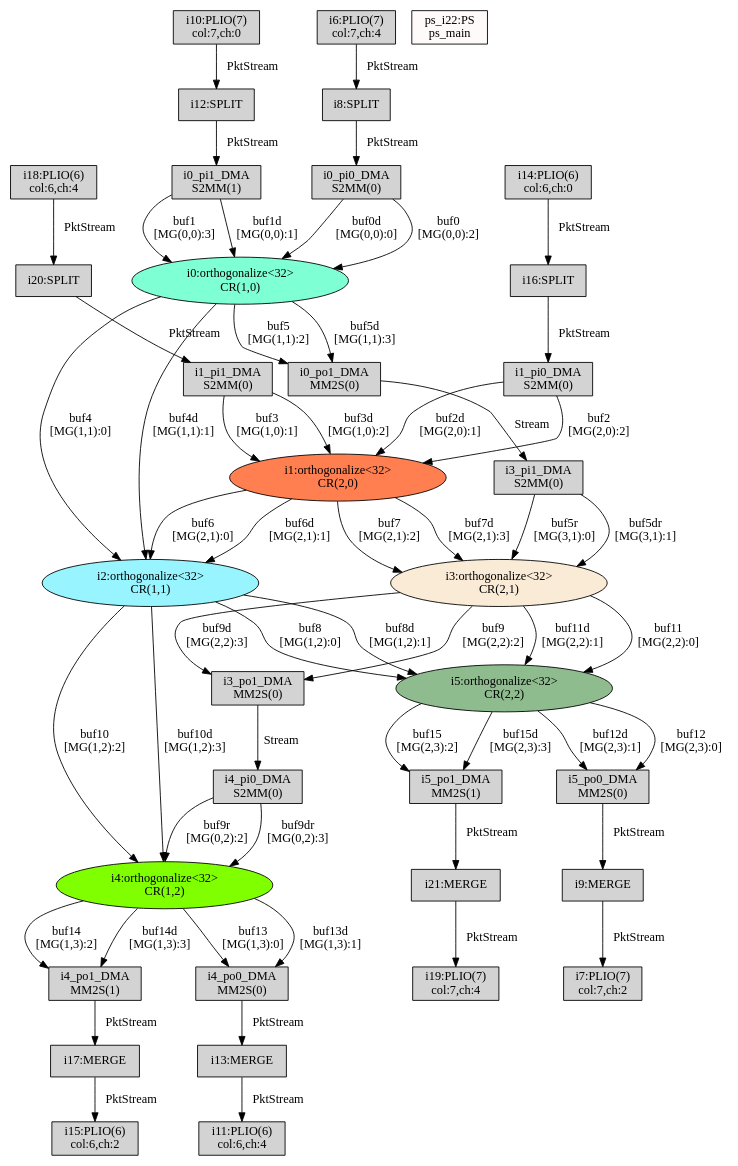
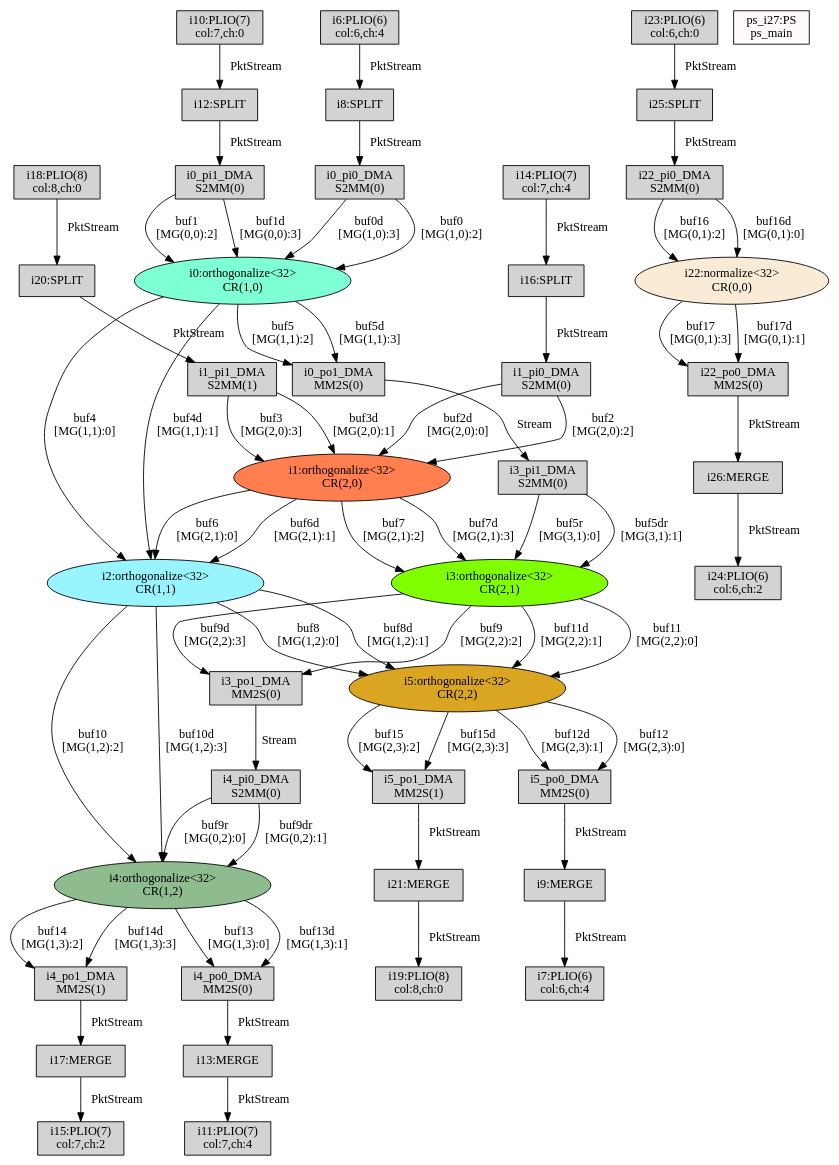
The diagram in TriBlock/Work/temp/TopGraph_mapped_post.dot (lxy-littlechai/SVD), drawn with Graphviz before and after one commit. The commit also changed 284 other files, not shown here.

```diff
--- a/TriBlock/Work/temp/TopGraph_mapped_post.dot
+++ b/TriBlock/Work/temp/TopGraph_mapped_post.dot
@@ -1,92 +1,107 @@
 digraph G { 
 "i0:orthogonalize<32>\n CR(1,0)"[style=filled, fillcolor=aquamarine]; 
 "i0_pi0_DMA\nS2MM(0)"[shape=box, style=filled, fillcolor=lightgrey]; 
-"i0_pi1_DMA\nS2MM(1)"[shape=box, style=filled, fillcolor=lightgrey]; 
+"i0_pi1_DMA\nS2MM(0)"[shape=box, style=filled, fillcolor=lightgrey]; 
 "i0_po1_DMA\nMM2S(0)"[shape=box, style=filled, fillcolor=lightgrey]; 
 "i1:orthogonalize<32>\n CR(2,0)"[style=filled, fillcolor=coral]; 
 "i10:PLIO(7)\ncol:7,ch:0"[shape=box, style=filled, fillcolor=lightgrey]; 
-"i11:PLIO(6)\ncol:6,ch:4"[shape=box, style=filled, fillcolor=lightgrey]; 
+"i11:PLIO(7)\ncol:7,ch:4"[shape=box, style=filled, fillcolor=lightgrey]; 
 "i12:SPLIT"[shape=box, style=filled, fillcolor=lightgrey]; 
 "i13:MERGE"[shape=box, style=filled, fillcolor=lightgrey]; 
-"i14:PLIO(6)\ncol:6,ch:0"[shape=box, style=filled, fillcolor=lightgrey]; 
-"i15:PLIO(6)\ncol:6,ch:2"[shape=box, style=filled, fillcolor=lightgrey]; 
+"i14:PLIO(7)\ncol:7,ch:4"[shape=box, style=filled, fillcolor=lightgrey]; 
+"i15:PLIO(7)\ncol:7,ch:2"[shape=box, style=filled, fillcolor=lightgrey]; 
 "i16:SPLIT"[shape=box, style=filled, fillcolor=lightgrey]; 
 "i17:MERGE"[shape=box, style=filled, fillcolor=lightgrey]; 
-"i18:PLIO(6)\ncol:6,ch:4"[shape=box, style=filled, fillcolor=lightgrey]; 
-"i19:PLIO(7)\ncol:7,ch:4"[shape=box, style=filled, fillcolor=lightgrey]; 
+"i18:PLIO(8)\ncol:8,ch:0"[shape=box, style=filled, fillcolor=lightgrey]; 
+"i19:PLIO(8)\ncol:8,ch:0"[shape=box, style=filled, fillcolor=lightgrey]; 
 "i1_pi0_DMA\nS2MM(0)"[shape=box, style=filled, fillcolor=lightgrey]; 
-"i1_pi1_DMA\nS2MM(0)"[shape=box, style=filled, fillcolor=lightgrey]; 
+"i1_pi1_DMA\nS2MM(1)"[shape=box, style=filled, fillcolor=lightgrey]; 
 "i2:orthogonalize<32>\n CR(1,1)"[style=filled, fillcolor=cadetblue1]; 
 "i20:SPLIT"[shape=box, style=filled, fillcolor=lightgrey]; 
 "i21:MERGE"[shape=box, style=filled, fillcolor=lightgrey]; 
-"i3:orthogonalize<32>\n CR(2,1)"[style=filled, fillcolor=antiquewhite]; 
+"i22:normalize<32>\n CR(0,0)"[style=filled, fillcolor=antiquewhite]; 
+"i22_pi0_DMA\nS2MM(0)"[shape=box, style=filled, fillcolor=lightgrey]; 
+"i22_po0_DMA\nMM2S(0)"[shape=box, style=filled, fillcolor=lightgrey]; 
+"i23:PLIO(6)\ncol:6,ch:0"[shape=box, style=filled, fillcolor=lightgrey]; 
+"i24:PLIO(6)\ncol:6,ch:2"[shape=box, style=filled, fillcolor=lightgrey]; 
+"i25:SPLIT"[shape=box, style=filled, fillcolor=lightgrey]; 
+"i26:MERGE"[shape=box, style=filled, fillcolor=lightgrey]; 
+"i3:orthogonalize<32>\n CR(2,1)"[style=filled, fillcolor=chartreuse]; 
 "i3_pi1_DMA\nS2MM(0)"[shape=box, style=filled, fillcolor=lightgrey]; 
 "i3_po1_DMA\nMM2S(0)"[shape=box, style=filled, fillcolor=lightgrey]; 
-"i4:orthogonalize<32>\n CR(1,2)"[style=filled, fillcolor=chartreuse]; 
+"i4:orthogonalize<32>\n CR(1,2)"[style=filled, fillcolor=darkseagreen]; 
 "i4_pi0_DMA\nS2MM(0)"[shape=box, style=filled, fillcolor=lightgrey]; 
 "i4_po0_DMA\nMM2S(0)"[shape=box, style=filled, fillcolor=lightgrey]; 
 "i4_po1_DMA\nMM2S(1)"[shape=box, style=filled, fillcolor=lightgrey]; 
-"i5:orthogonalize<32>\n CR(2,2)"[style=filled, fillcolor=darkseagreen]; 
+"i5:orthogonalize<32>\n CR(2,2)"[style=filled, fillcolor=goldenrod]; 
 "i5_po0_DMA\nMM2S(0)"[shape=box, style=filled, fillcolor=lightgrey]; 
 "i5_po1_DMA\nMM2S(1)"[shape=box, style=filled, fillcolor=lightgrey]; 
-"i6:PLIO(7)\ncol:7,ch:4"[shape=box, style=filled, fillcolor=lightgrey]; 
-"i7:PLIO(7)\ncol:7,ch:2"[shape=box, style=filled, fillcolor=lightgrey]; 
+"i6:PLIO(6)\ncol:6,ch:4"[shape=box, style=filled, fillcolor=lightgrey]; 
+"i7:PLIO(6)\ncol:6,ch:4"[shape=box, style=filled, fillcolor=lightgrey]; 
 "i8:SPLIT"[shape=box, style=filled, fillcolor=lightgrey]; 
 "i9:MERGE"[shape=box, style=filled, fillcolor=lightgrey]; 
-"ps_i22:PS\nps_main"[shape=box, style=filled, fillcolor=snow]; 
+"ps_i27:PS\nps_main"[shape=box, style=filled, fillcolor=snow]; 
 "i8:SPLIT"->"i0_pi0_DMA\nS2MM(0)"[label=" PktStream"];
-"i0_pi0_DMA\nS2MM(0)"->"i0:orthogonalize<32>\n CR(1,0)"[label="buf0\n[MG(0,0):2]"];
-"i0_pi0_DMA\nS2MM(0)"->"i0:orthogonalize<32>\n CR(1,0)"[label="buf0d\n[MG(0,0):0]"];
-"i12:SPLIT"->"i0_pi1_DMA\nS2MM(1)"[label=" PktStream"];
-"i0_pi1_DMA\nS2MM(1)"->"i0:orthogonalize<32>\n CR(1,0)"[label="buf1\n[MG(0,0):3]"];
-"i0_pi1_DMA\nS2MM(1)"->"i0:orthogonalize<32>\n CR(1,0)"[label="buf1d\n[MG(0,0):1]"];
+"i0_pi0_DMA\nS2MM(0)"->"i0:orthogonalize<32>\n CR(1,0)"[label="buf0\n[MG(1,0):2]"];
+"i0_pi0_DMA\nS2MM(0)"->"i0:orthogonalize<32>\n CR(1,0)"[label="buf0d\n[MG(1,0):3]"];
+"i12:SPLIT"->"i0_pi1_DMA\nS2MM(0)"[label=" PktStream"];
+"i0_pi1_DMA\nS2MM(0)"->"i0:orthogonalize<32>\n CR(1,0)"[label="buf1\n[MG(0,0):2]"];
+"i0_pi1_DMA\nS2MM(0)"->"i0:orthogonalize<32>\n CR(1,0)"[label="buf1d\n[MG(0,0):3]"];
 "i16:SPLIT"->"i1_pi0_DMA\nS2MM(0)"[label=" PktStream"];
 "i1_pi0_DMA\nS2MM(0)"->"i1:orthogonalize<32>\n CR(2,0)"[label="buf2\n[MG(2,0):2]"];
-"i1_pi0_DMA\nS2MM(0)"->"i1:orthogonalize<32>\n CR(2,0)"[label="buf2d\n[MG(2,0):1]"];
-"i20:SPLIT"->"i1_pi1_DMA\nS2MM(0)"[label=" PktStream"];
-"i1_pi1_DMA\nS2MM(0)"->"i1:orthogonalize<32>\n CR(2,0)"[label="buf3\n[MG(1,0):1]"];
-"i1_pi1_DMA\nS2MM(0)"->"i1:orthogonalize<32>\n CR(2,0)"[label="buf3d\n[MG(1,0):2]"];
+"i1_pi0_DMA\nS2MM(0)"->"i1:orthogonalize<32>\n CR(2,0)"[label="buf2d\n[MG(2,0):0]"];
+"i20:SPLIT"->"i1_pi1_DMA\nS2MM(1)"[label=" PktStream"];
+"i1_pi1_DMA\nS2MM(1)"->"i1:orthogonalize<32>\n CR(2,0)"[label="buf3\n[MG(2,0):3]"];
+"i1_pi1_DMA\nS2MM(1)"->"i1:orthogonalize<32>\n CR(2,0)"[label="buf3d\n[MG(2,0):1]"];
 "i0:orthogonalize<32>\n CR(1,0)"->"i2:orthogonalize<32>\n CR(1,1)"[label="buf4\n[MG(1,1):0]"];
 "i0:orthogonalize<32>\n CR(1,0)"->"i2:orthogonalize<32>\n CR(1,1)"[label="buf4d\n[MG(1,1):1]"];
 "i0:orthogonalize<32>\n CR(1,0)"->"i0_po1_DMA\nMM2S(0)"[label="buf5\n[MG(1,1):2]"];
 "i0:orthogonalize<32>\n CR(1,0)"->"i0_po1_DMA\nMM2S(0)"[label="buf5d\n[MG(1,1):3]"];
 "i0_po1_DMA\nMM2S(0)"->"i3_pi1_DMA\nS2MM(0)"[label="Stream"];
 "i3_pi1_DMA\nS2MM(0)"->"i3:orthogonalize<32>\n CR(2,1)"[label="buf5r\n[MG(3,1):0]"];
 "i3_pi1_DMA\nS2MM(0)"->"i3:orthogonalize<32>\n CR(2,1)"[label="buf5dr\n[MG(3,1):1]"];
 "i1:orthogonalize<32>\n CR(2,0)"->"i2:orthogonalize<32>\n CR(1,1)"[label="buf6\n[MG(2,1):0]"];
 "i1:orthogonalize<32>\n CR(2,0)"->"i2:orthogonalize<32>\n CR(1,1)"[label="buf6d\n[MG(2,1):1]"];
 "i1:orthogonalize<32>\n CR(2,0)"->"i3:orthogonalize<32>\n CR(2,1)"[label="buf7\n[MG(2,1):2]"];
 "i1:orthogonalize<32>\n CR(2,0)"->"i3:orthogonalize<32>\n CR(2,1)"[label="buf7d\n[MG(2,1):3]"];
 "i2:orthogonalize<32>\n CR(1,1)"->"i5:orthogonalize<32>\n CR(2,2)"[label="buf8\n[MG(1,2):0]"];
 "i2:orthogonalize<32>\n CR(1,1)"->"i5:orthogonalize<32>\n CR(2,2)"[label="buf8d\n[MG(1,2):1]"];
 "i3:orthogonalize<32>\n CR(2,1)"->"i3_po1_DMA\nMM2S(0)"[label="buf9\n[MG(2,2):2]"];
 "i3:orthogonalize<32>\n CR(2,1)"->"i3_po1_DMA\nMM2S(0)"[label="buf9d\n[MG(2,2):3]"];
 "i3_po1_DMA\nMM2S(0)"->"i4_pi0_DMA\nS2MM(0)"[label="Stream"];
-"i4_pi0_DMA\nS2MM(0)"->"i4:orthogonalize<32>\n CR(1,2)"[label="buf9r\n[MG(0,2):2]"];
-"i4_pi0_DMA\nS2MM(0)"->"i4:orthogonalize<32>\n CR(1,2)"[label="buf9dr\n[MG(0,2):3]"];
+"i4_pi0_DMA\nS2MM(0)"->"i4:orthogonalize<32>\n CR(1,2)"[label="buf9r\n[MG(0,2):0]"];
+"i4_pi0_DMA\nS2MM(0)"->"i4:orthogonalize<32>\n CR(1,2)"[label="buf9dr\n[MG(0,2):1]"];
 "i2:orthogonalize<32>\n CR(1,1)"->"i4:orthogonalize<32>\n CR(1,2)"[label="buf10\n[MG(1,2):2]"];
 "i2:orthogonalize<32>\n CR(1,1)"->"i4:orthogonalize<32>\n CR(1,2)"[label="buf10d\n[MG(1,2):3]"];
 "i3:orthogonalize<32>\n CR(2,1)"->"i5:orthogonalize<32>\n CR(2,2)"[label="buf11\n[MG(2,2):0]"];
 "i3:orthogonalize<32>\n CR(2,1)"->"i5:orthogonalize<32>\n CR(2,2)"[label="buf11d\n[MG(2,2):1]"];
 "i5:orthogonalize<32>\n CR(2,2)"->"i5_po0_DMA\nMM2S(0)"[label="buf12\n[MG(2,3):0]"];
 "i5:orthogonalize<32>\n CR(2,2)"->"i5_po0_DMA\nMM2S(0)"[label="buf12d\n[MG(2,3):1]"];
 "i5_po0_DMA\nMM2S(0)" -> "i9:MERGE"[label=" PktStream"];
 "i4:orthogonalize<32>\n CR(1,2)"->"i4_po0_DMA\nMM2S(0)"[label="buf13\n[MG(1,3):0]"];
 "i4:orthogonalize<32>\n CR(1,2)"->"i4_po0_DMA\nMM2S(0)"[label="buf13d\n[MG(1,3):1]"];
 "i4_po0_DMA\nMM2S(0)" -> "i13:MERGE"[label=" PktStream"];
 "i4:orthogonalize<32>\n CR(1,2)"->"i4_po1_DMA\nMM2S(1)"[label="buf14\n[MG(1,3):2]"];
 "i4:orthogonalize<32>\n CR(1,2)"->"i4_po1_DMA\nMM2S(1)"[label="buf14d\n[MG(1,3):3]"];
 "i4_po1_DMA\nMM2S(1)" -> "i17:MERGE"[label=" PktStream"];
 "i5:orthogonalize<32>\n CR(2,2)"->"i5_po1_DMA\nMM2S(1)"[label="buf15\n[MG(2,3):2]"];
 "i5:orthogonalize<32>\n CR(2,2)"->"i5_po1_DMA\nMM2S(1)"[label="buf15d\n[MG(2,3):3]"];
 "i5_po1_DMA\nMM2S(1)" -> "i21:MERGE"[label=" PktStream"];
-"i6:PLIO(7)\ncol:7,ch:4" -> "i8:SPLIT"[label=" PktStream"];
-"i9:MERGE" -> "i7:PLIO(7)\ncol:7,ch:2"[label=" PktStream"];
-"i14:PLIO(6)\ncol:6,ch:0" -> "i16:SPLIT"[label=" PktStream"];
-"i17:MERGE" -> "i15:PLIO(6)\ncol:6,ch:2"[label=" PktStream"];
+"i6:PLIO(6)\ncol:6,ch:4" -> "i8:SPLIT"[label=" PktStream"];
+"i9:MERGE" -> "i7:PLIO(6)\ncol:6,ch:4"[label=" PktStream"];
+"i14:PLIO(7)\ncol:7,ch:4" -> "i16:SPLIT"[label=" PktStream"];
+"i17:MERGE" -> "i15:PLIO(7)\ncol:7,ch:2"[label=" PktStream"];
 "i10:PLIO(7)\ncol:7,ch:0" -> "i12:SPLIT"[label=" PktStream"];
-"i13:MERGE" -> "i11:PLIO(6)\ncol:6,ch:4"[label=" PktStream"];
-"i18:PLIO(6)\ncol:6,ch:4" -> "i20:SPLIT"[label=" PktStream"];
-"i21:MERGE" -> "i19:PLIO(7)\ncol:7,ch:4"[label=" PktStream"];
+"i13:MERGE" -> "i11:PLIO(7)\ncol:7,ch:4"[label=" PktStream"];
+"i18:PLIO(8)\ncol:8,ch:0" -> "i20:SPLIT"[label=" PktStream"];
+"i21:MERGE" -> "i19:PLIO(8)\ncol:8,ch:0"[label=" PktStream"];
+"i25:SPLIT"->"i22_pi0_DMA\nS2MM(0)"[label=" PktStream"];
+"i22_pi0_DMA\nS2MM(0)"->"i22:normalize<32>\n CR(0,0)"[label="buf16\n[MG(0,1):2]"];
+"i22_pi0_DMA\nS2MM(0)"->"i22:normalize<32>\n CR(0,0)"[label="buf16d\n[MG(0,1):0]"];
+"i22:normalize<32>\n CR(0,0)"->"i22_po0_DMA\nMM2S(0)"[label="buf17\n[MG(0,1):3]"];
+"i22:normalize<32>\n CR(0,0)"->"i22_po0_DMA\nMM2S(0)"[label="buf17d\n[MG(0,1):1]"];
+"i22_po0_DMA\nMM2S(0)" -> "i26:MERGE"[label=" PktStream"];
+"i23:PLIO(6)\ncol:6,ch:0" -> "i25:SPLIT"[label=" PktStream"];
+"i26:MERGE" -> "i24:PLIO(6)\ncol:6,ch:2"[label=" PktStream"];
 
  }
```
